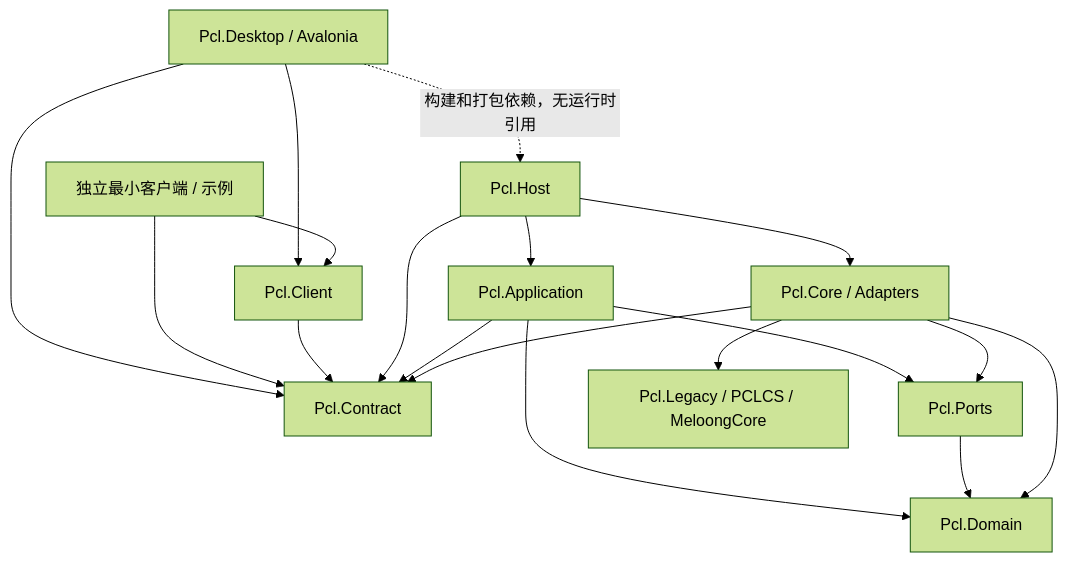
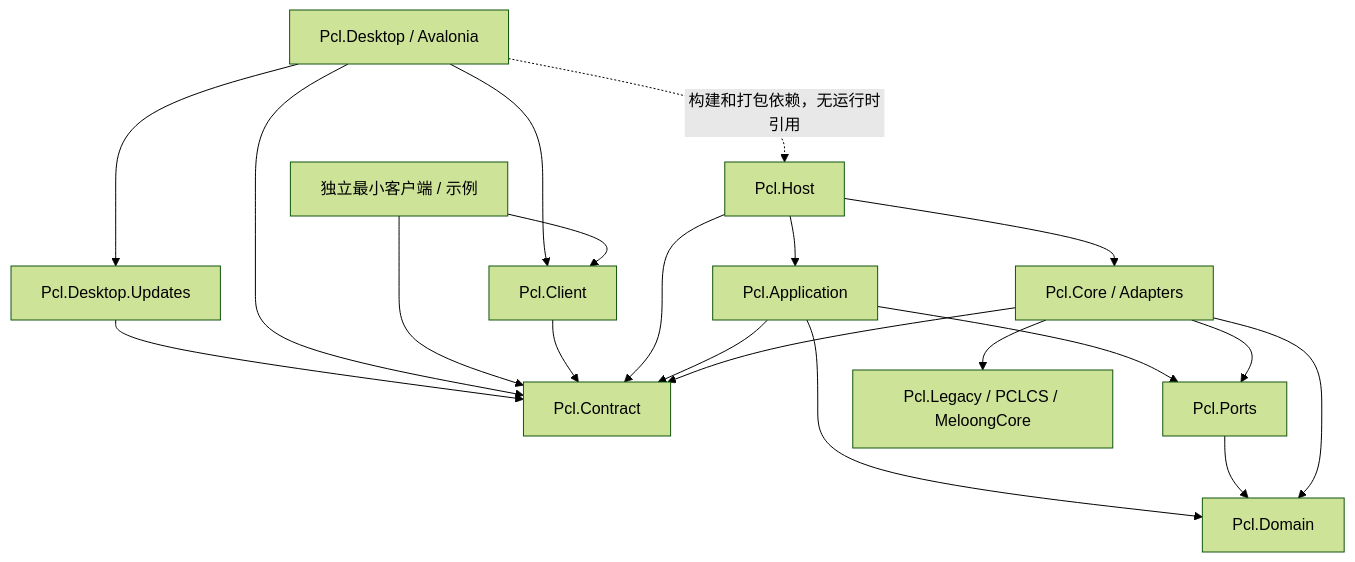
Before and after one commit to ParadoxRin/Plain_Craft_Launcher_Refactoring_Core: the first of 4 diagrams in docs/架构与设计取舍.md, drawn with Mermaid (forest theme). The commit also changed other lines of this file and 55 other files, not shown here.

````diff
--- a/docs/架构与设计取舍.md
+++ b/docs/架构与设计取舍.md
@@ -7,20 +7,22 @@
 ```mermaid
 flowchart TB
   Desktop[Pcl.Desktop / Avalonia] --> Client[Pcl.Client]
+  Desktop --> Updates[Pcl.Desktop.Updates]
+  Updates --> Contract
   Desktop --> Contract[Pcl.Contract]
   Minimal[独立最小客户端 / 示例] --> Client
   Minimal --> Contract
   Client --> Contract
   Desktop -.构建和打包依赖，无运行时引用.-> Host[Pcl.Host]
   Host --> App[Pcl.Application]
   Host --> Core[Pcl.Core / Adapters]
   Host --> Contract
   App --> Contract
   App --> Domain[Pcl.Domain]
   App --> Ports[Pcl.Ports]
   Ports --> Domain
   Core --> Contract
   Core --> Ports
   Core --> Domain
   Core --> Legacy[Pcl.Legacy / PCLCS / MeloongCore]
 ```
````
